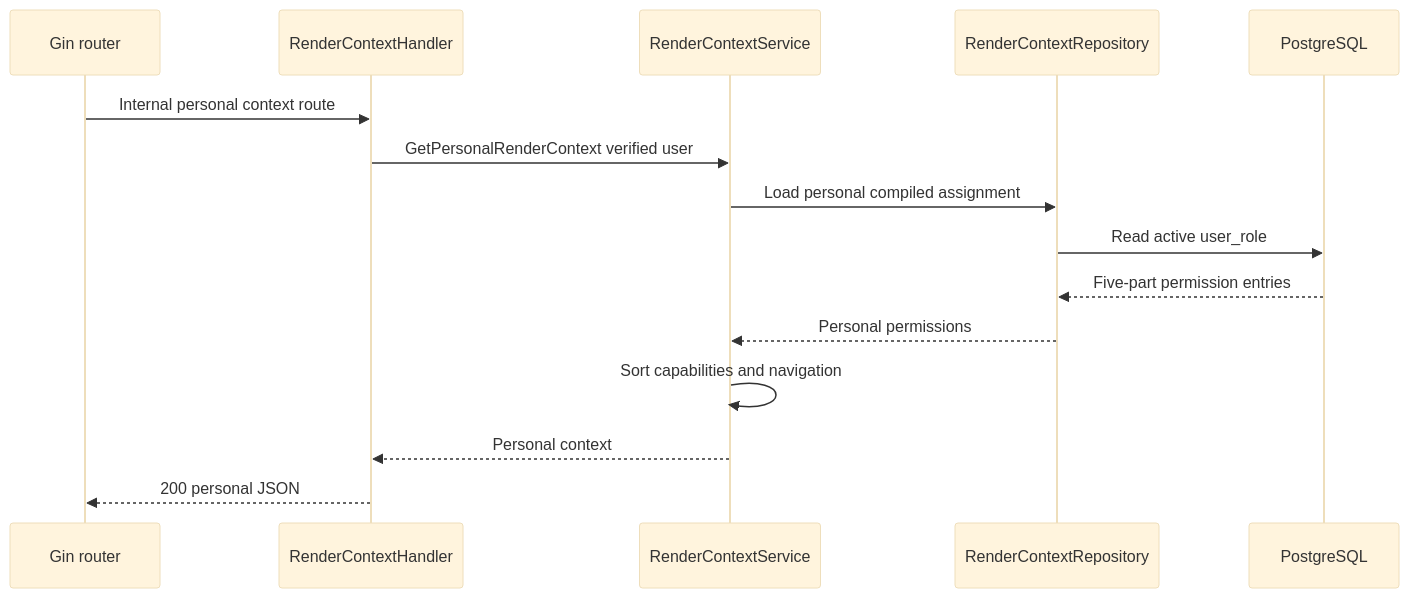
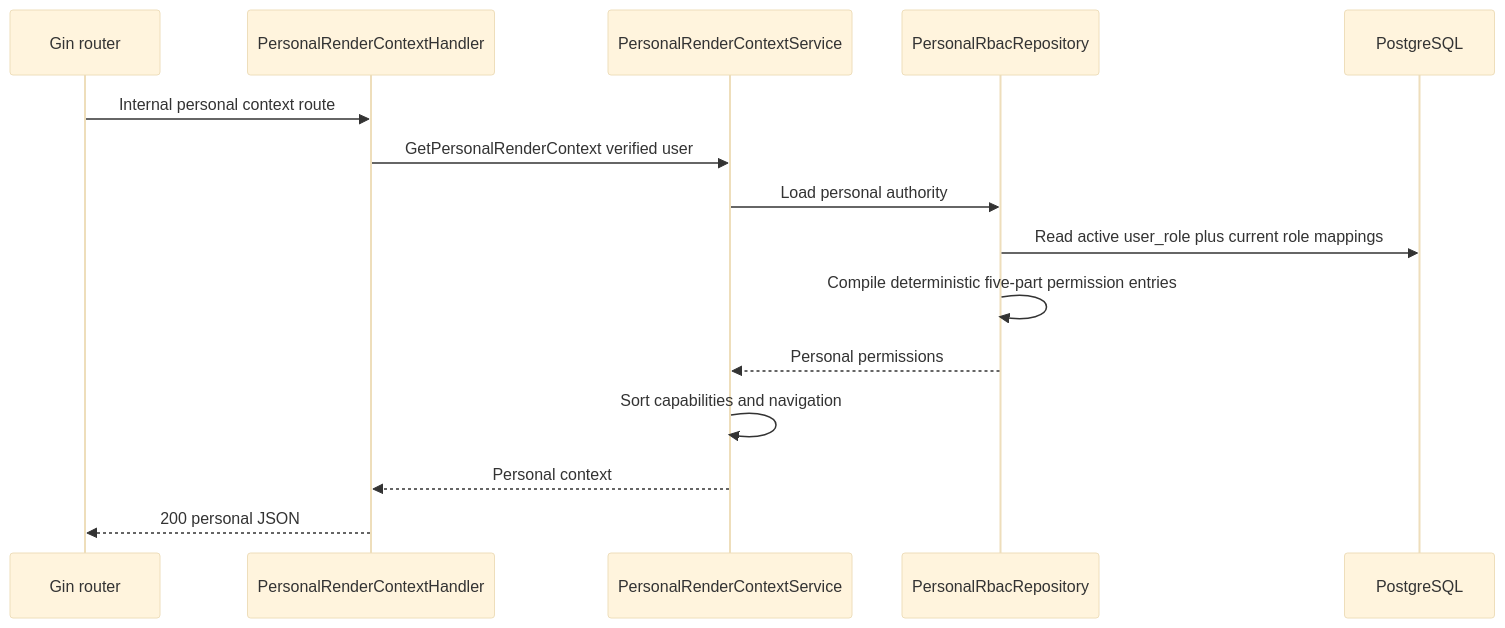
Before and after one commit to phucle996/aurora: the second of 2 diagrams in god_view/iam/personal_render_context_read_god_view_workflow.md, drawn with Mermaid (base theme). The commit also changed other lines of this file and 132 other files, not shown here.

````diff
--- a/god_view/iam/personal_render_context_read_god_view_workflow.md
+++ b/god_view/iam/personal_render_context_read_god_view_workflow.md
@@ -48,17 +49,17 @@
 ```mermaid
 sequenceDiagram
     participant R as Gin router
-    participant H as RenderContextHandler
-    participant S as RenderContextService
-    participant Repo as RenderContextRepository
+    participant H as PersonalRenderContextHandler
+    participant S as PersonalRenderContextService
+    participant Repo as PersonalRbacRepository
     participant DB as PostgreSQL
     R->>H: Internal personal context route
     H->>S: GetPersonalRenderContext verified user
-    S->>Repo: Load personal compiled assignment
-    Repo->>DB: Read active user_role
-    DB-->>Repo: Five-part permission entries
+    S->>Repo: Load personal authority
+    Repo->>DB: Read active user_role plus current role mappings
+    Repo->>Repo: Compile deterministic five-part permission entries
     Repo-->>S: Personal permissions
     S->>S: Sort capabilities and navigation
     S-->>H: Personal context
     H-->>R: 200 personal JSON
 ```
````
